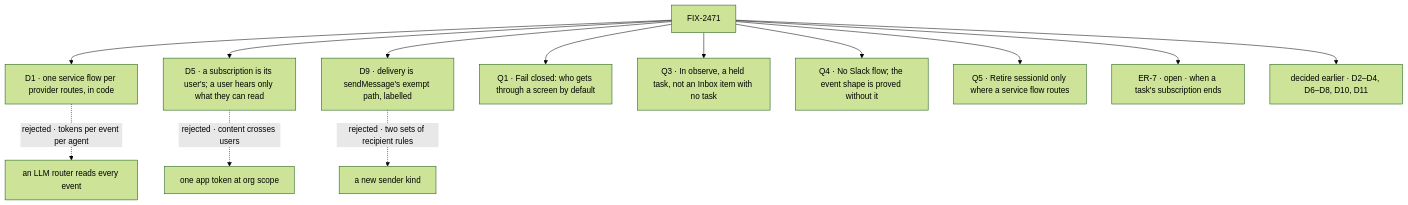
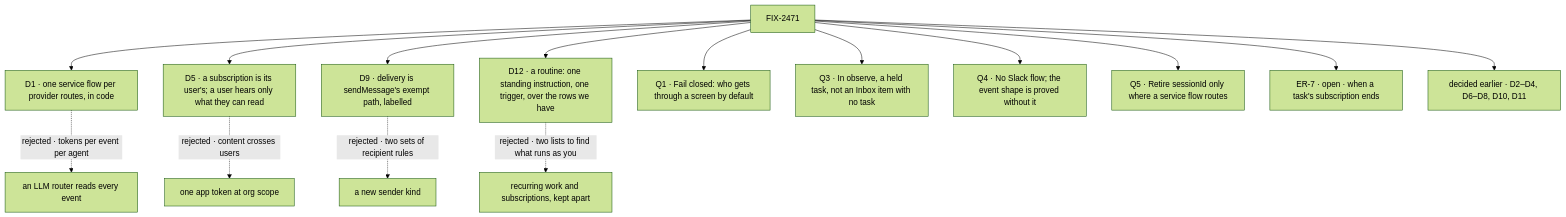
One commit to fixpoint-labs/flow-state-dev changed the diagram in specs/epics/FIX-2471/DECISIONS.md. Above: the diagram before and after it, drawn with Mermaid (forest theme). The commit also changed other lines of this file and 4 other files, not shown here.

````diff
--- a/specs/epics/FIX-2471/DECISIONS.md
+++ b/specs/epics/FIX-2471/DECISIONS.md
@@ -7,15 +7,17 @@
 ```mermaid
 flowchart TD
   E["FIX-2471"] --> D1["D1 · one service flow per provider routes, in code"]
   D1 -.->|"rejected · tokens per event per agent"| X1["an LLM router reads every event"]
   E --> D5["D5 · a subscription is its user's; a user hears only what they can read"]
   D5 -.->|"rejected · content crosses users"| X5["one app token at org scope"]
   E --> D9["D9 · delivery is sendMessage's exempt path, labelled"]
   D9 -.->|"rejected · two sets of recipient rules"| X9["a new sender kind"]
+  E --> D12["D12 · a routine: one standing instruction, one trigger, over the rows we have"]
+  D12 -.->|"rejected · two lists to find what runs as you"| X12["recurring work and subscriptions, kept apart"]
   E --> Q1["Q1 · Fail closed: who gets through a screen by default"]
   E --> Q3["Q3 · In observe, a held task, not an Inbox item with no task"]
   E --> Q4["Q4 · No Slack flow; the event shape is proved without it"]
   E --> Q5["Q5 · Retire sessionId only where a service flow routes"]
   E --> R7["ER-7 · open · when a task's subscription ends"]
   E --> G["decided earlier · D2–D4, D6–D8, D10, D11"]
 ```
````
